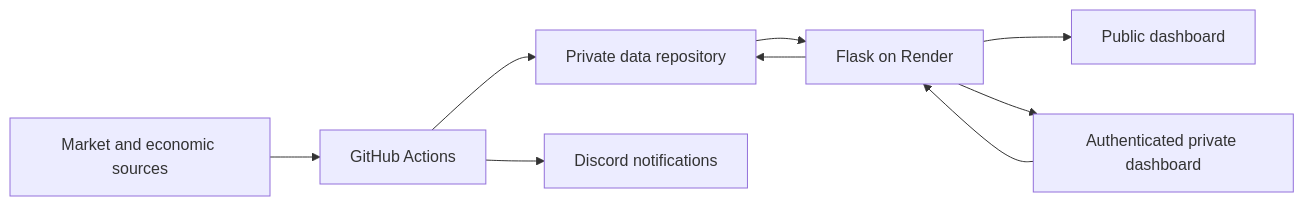
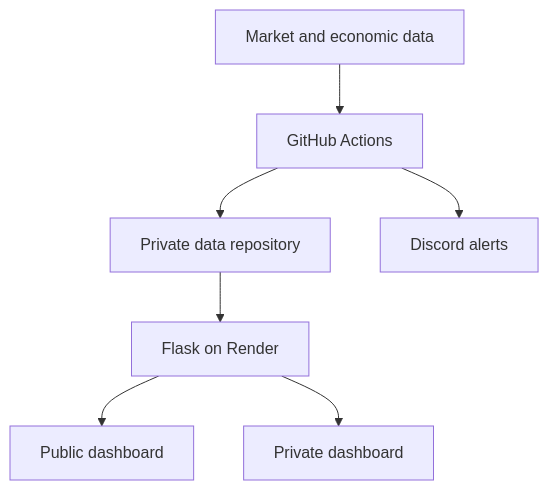
One commit to MarkKondoskal/stock-alerts changed the diagram in README.md. Above: the diagram before and after it, drawn with Mermaid. The commit also changed other lines of this file, not shown here.

Commit message:
Make StockAlerts README demo-first

````diff
--- a/README.md
+++ b/README.md
@@ -59,11 +23,9 @@
 ```mermaid
-flowchart LR
-    Sources[Market and economic sources] --> Jobs[GitHub Actions]
-    Jobs --> Private[Private data repository]
-    Jobs --> Discord[Discord notifications]
-    Private --> Server[Flask on Render]
-    Server --> Public[Public dashboard]
-    Server --> Auth[Authenticated private dashboard]
-    Auth --> Server
-    Server --> Private
+flowchart TD
+    sources["Market and economic data"] --> jobs["GitHub Actions"]
+    jobs --> snapshots["Private data repository"]
+    jobs --> discord["Discord alerts"]
+    snapshots --> flask["Flask on Render"]
+    flask --> public["Public dashboard"]
+    flask --> private["Private dashboard"]
 ```
````
